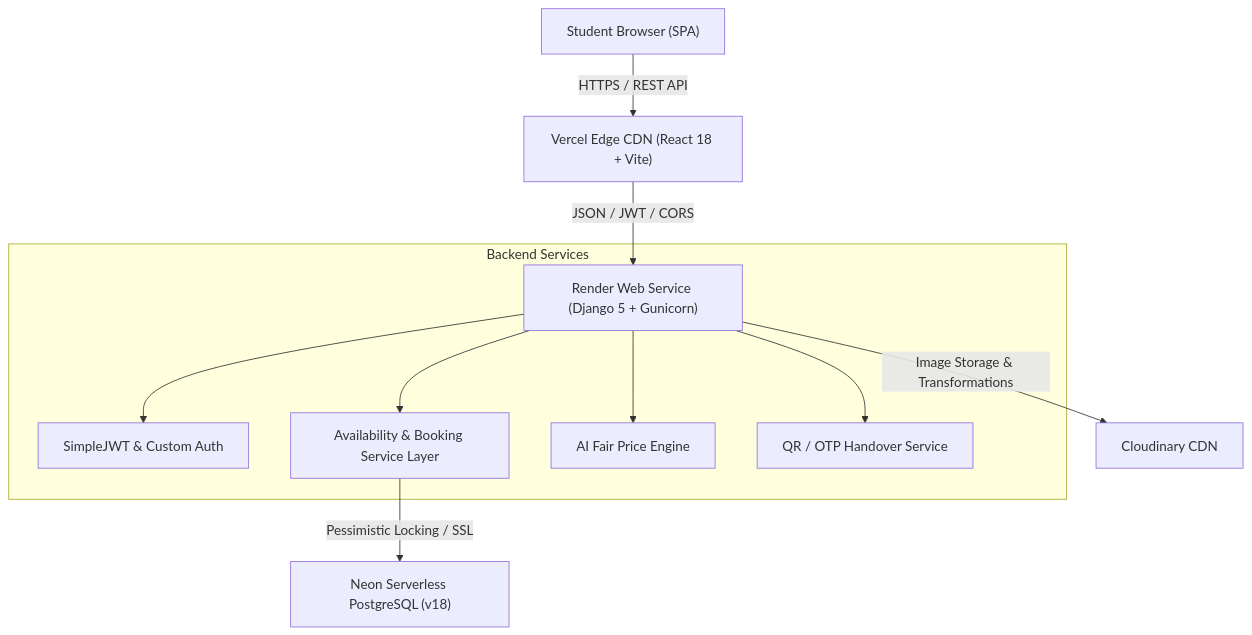
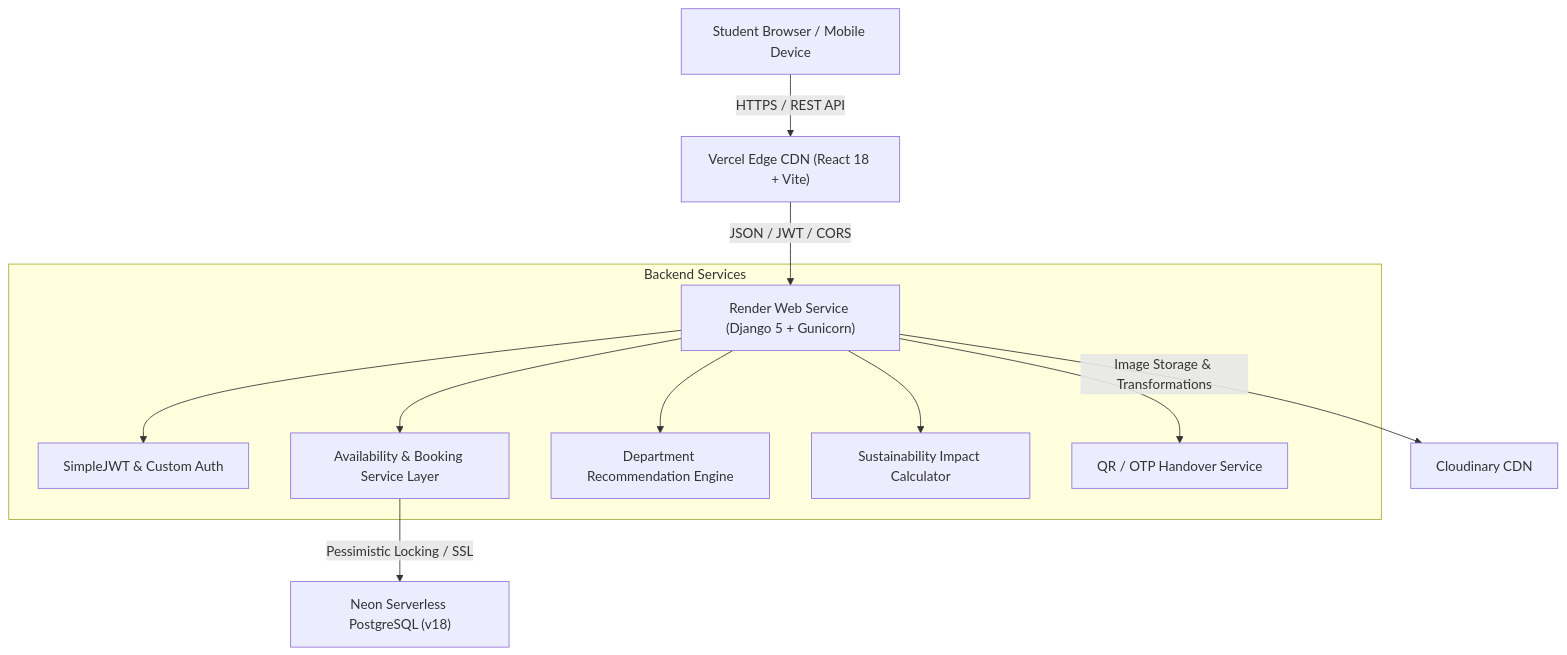
The diagram in README.md (nittasamith1/RentTogether), drawn with Mermaid before and after one commit. The commit also changed other lines of this file and 2 other files, not shown here.

Commit message:
docs: update README, ARCHITECTURE, and SCOPE with verified credentials, zero-deposit model, and DB-accurate sustainability engine

````diff
--- a/README.md
+++ b/README.md
@@ -116,15 +123,16 @@
 ```mermaid
 graph TD
-    User["Student Browser (SPA)"] -->|HTTPS / REST API| Vercel["Vercel Edge CDN (React 18 + Vite)"]
+    User["Student Browser / Mobile Device"] -->|HTTPS / REST API| Vercel["Vercel Edge CDN (React 18 + Vite)"]
     Vercel -->|JSON / JWT / CORS| Render["Render Web Service (Django 5 + Gunicorn)"]
     
     subgraph Backend Services
         Render --> Auth["SimpleJWT & Custom Auth"]
         Render --> Services["Availability & Booking Service Layer"]
-        Render --> Pricing["AI Fair Price Engine"]
+        Render --> Recs["Department Recommendation Engine"]
+        Render --> Impact["Sustainability Impact Calculator"]
         Render --> Handover["QR / OTP Handover Service"]
     end
 
     Services -->|Pessimistic Locking / SSL| Neon["Neon Serverless PostgreSQL (v18)"]
     Render -->|Image Storage & Transformations| Cloudinary["Cloudinary CDN"]
 ```
````
